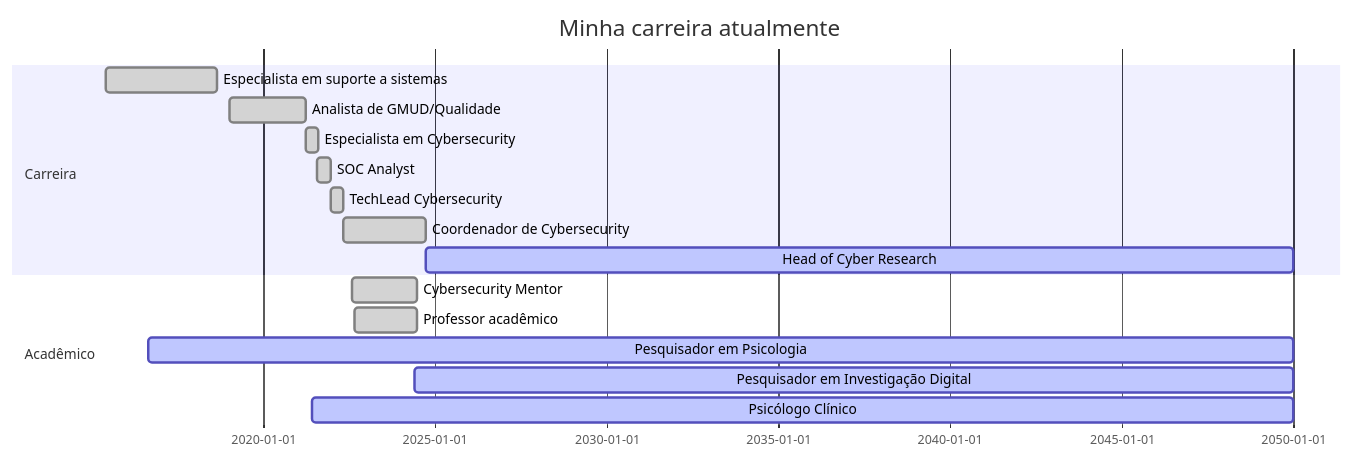
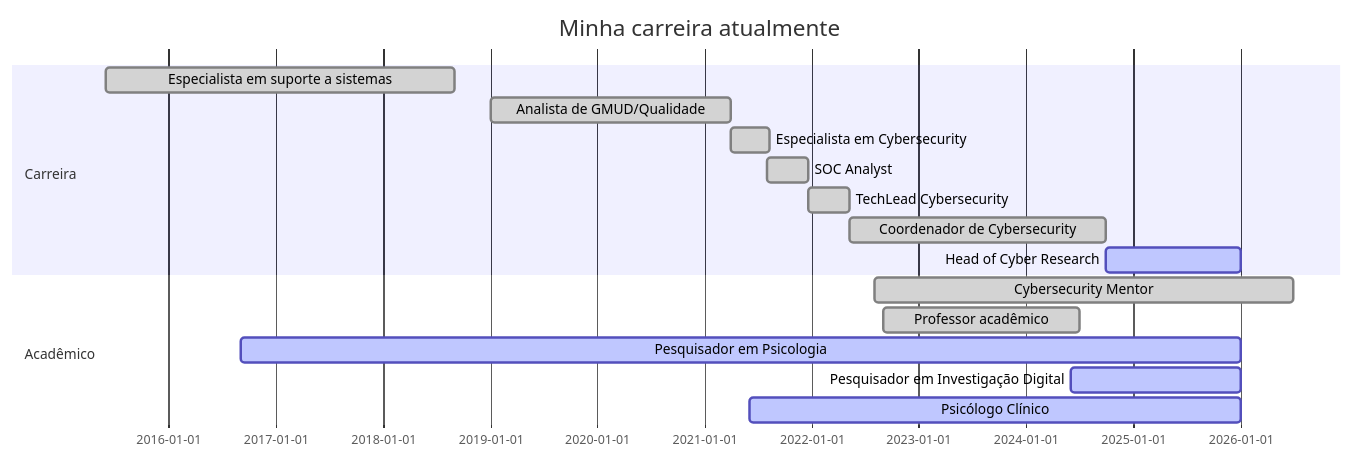
One commit to Ridd1kulusC0d3r/Portifolio changed the diagram in README.md. Above: the diagram before and after it, drawn with Mermaid. The commit also changed other lines of this file, not shown here.

````diff
--- a/README.md
+++ b/README.md
@@ -63,22 +31,22 @@
 ```mermaid
 
 gantt
 dateFormat  YYYY-MM-DD
 title Minha carreira atualmente
 
 section Carreira
 Especialista em suporte a sistemas       :done,    2015-06-01,2018-09-01
 Analista de GMUD/Qualidade               :done,    2019-01-01,2021-04-01
 Especialista em Cybersecurity            :done,    2021-04-01,2021-08-10
 SOC Analyst                              :done,    2021-08-01,2021-12-20
 TechLead Cybersecurity                   :done,    2021-12-20,2022-05-08
 Coordenador de Cybersecurity             :done,    2022-05-08,2024-10-01
-Head of Cyber Research                   :active,  2024-10-01,2050-01-01
+Head of Cyber Research                   :active,  2024-10-01,2026-01-01
 
 section Acadêmico
-Cybersecurity Mentor                     :done,    2022-08-01,2024-06-30
+Cybersecurity Mentor                     :done,    2022-08-01,2026-06-30
 Professor acadêmico                      :done,    2022-09-01,2024-06-30
-Pesquisador em Psicologia                :active,  2016-09-01,2050-01-01
-Pesquisador em Investigação Digital      :active,  2024-06-01,2050-01-01
-Psicólogo Clínico                        :active,  2021-06-01,2050-01-01
+Pesquisador em Psicologia                :active,  2016-09-01,2026-01-01
+Pesquisador em Investigação Digital      :active,  2024-06-01,2026-01-01
+Psicólogo Clínico                        :active,  2021-06-01,2026-01-01
 ```
````
